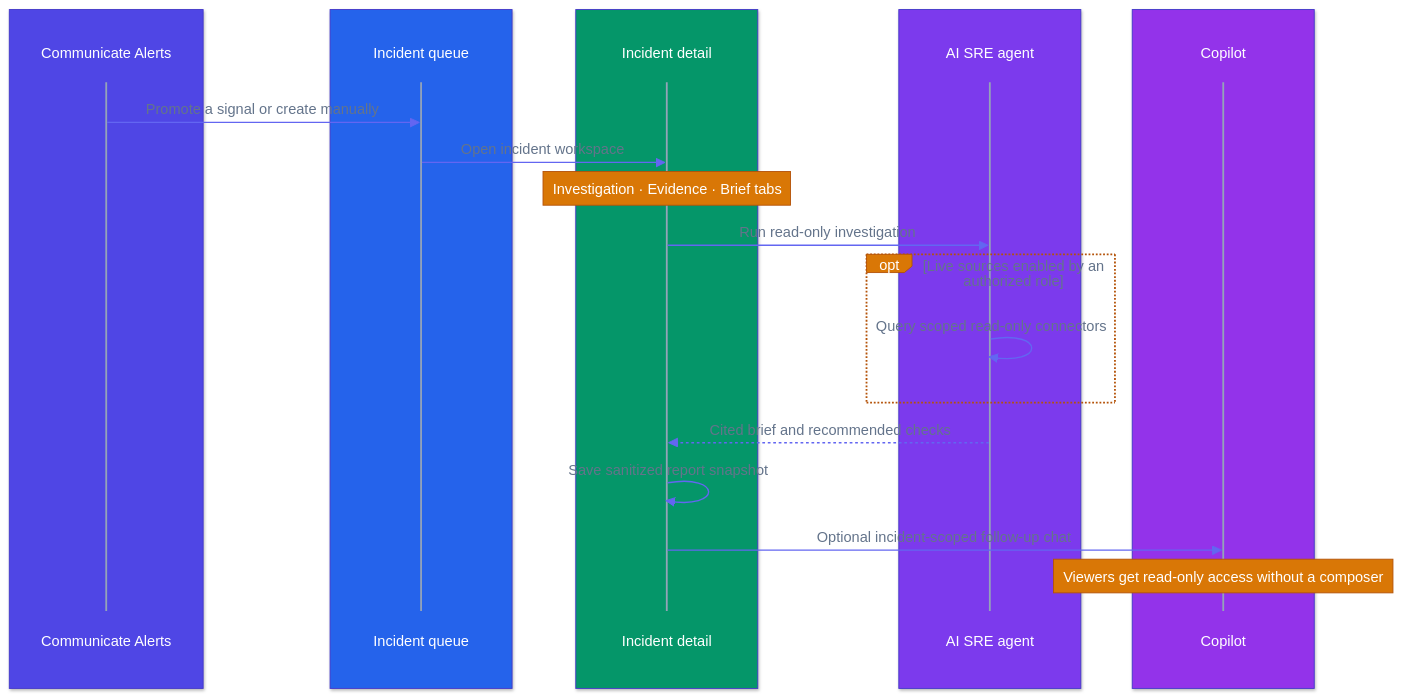
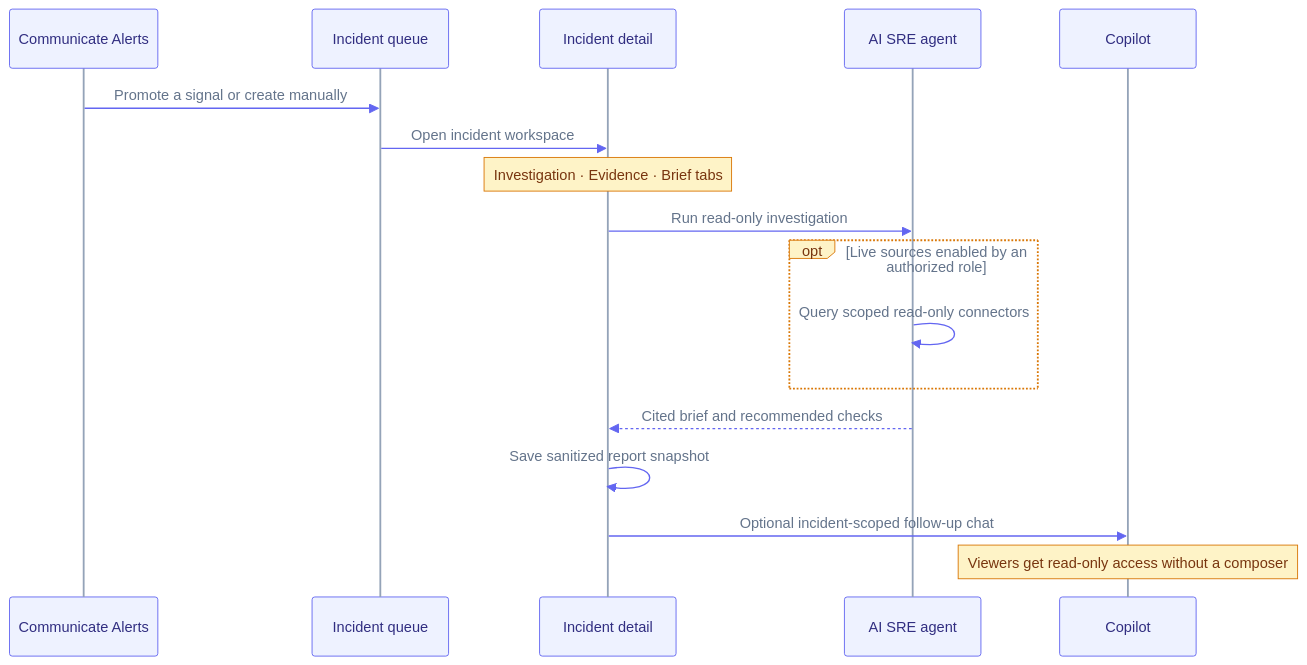
Before and after one commit to supercheck-io/supercheck: the diagram in docs/content/docs/app/investigate/incidents.mdx, drawn with Mermaid. The commit also changed 11 other files, not shown here.

First line of the commit message:
docs: clean up sequence diagram colors and readability

````diff
--- a/docs/content/docs/app/investigate/incidents.mdx
+++ b/docs/content/docs/app/investigate/incidents.mdx
@@ -16,31 +16,21 @@
 ```mermaid
-%%{init: {"theme":"base","themeVariables":{"fontFamily":"ui-sans-serif, system-ui, -apple-system, Segoe UI, Roboto, sans-serif","primaryColor":"#6366f1","primaryTextColor":"#ffffff","primaryBorderColor":"#4338ca","lineColor":"#94a3b8","actorBkg":"transparent","actorBorder":"transparent","actorTextColor":"#ffffff","actorLineColor":"#94a3b8","signalColor":"#6366f1","signalTextColor":"#64748b","labelBoxBkgColor":"#d97706","labelBoxBorderColor":"#b45309","labelTextColor":"#ffffff","loopTextColor":"#64748b","activationBkgColor":"#7c3aed","activationBorderColor":"#6d28d9","noteBkgColor":"#d97706","noteBorderColor":"#b45309","noteTextColor":"#ffffff","textColor":"#64748b","mainBkg":"#ffffff"}}}%%
+%%{init: {"theme":"base","themeVariables":{"fontFamily":"ui-sans-serif, system-ui, -apple-system, Segoe UI, Roboto, sans-serif","actorBkg":"#eef2ff","actorBorder":"#6366f1","actorTextColor":"#312e81","actorLineColor":"#94a3b8","signalColor":"#6366f1","signalTextColor":"#64748b","labelBoxBkgColor":"#fef3c7","labelBoxBorderColor":"#d97706","labelTextColor":"#78350f","loopTextColor":"#64748b","activationBkgColor":"#ddd6fe","activationBorderColor":"#7c3aed","noteBkgColor":"#fef3c7","noteBorderColor":"#d97706","noteTextColor":"#78350f","textColor":"#64748b","lineColor":"#94a3b8","mainBkg":"transparent"}}}%%
 sequenceDiagram
-    box rgb(79,70,229)
-        participant Alerts as Communicate Alerts
-    end
-    box rgb(37,99,235)
-        participant Inc as Incident queue
-    end
-    box rgb(5,150,105)
-        participant Detail as Incident detail
-    end
-    box rgb(124,58,237)
-        participant Agent as AI SRE agent
-    end
-    box rgb(147,51,234)
-        participant Copilot as Copilot
-    end
+    participant Alerts as Communicate Alerts
+    participant Inc as Incident queue
+    participant Detail as Incident detail
+    participant Agent as AI SRE agent
+    participant Copilot as Copilot
 
     Alerts->>Inc: Promote a signal or create manually
     Inc->>Detail: Open incident workspace
     Note over Detail: Investigation · Evidence · Brief tabs
     Detail->>Agent: Run read-only investigation
     opt Live sources enabled by an authorized role
         Agent->>Agent: Query scoped read-only connectors
     end
     Agent-->>Detail: Cited brief and recommended checks
     Detail->>Detail: Save sanitized report snapshot
     Detail->>Copilot: Optional incident-scoped follow-up chat
     Note over Copilot: Viewers get read-only access without a composer
 ```
````
